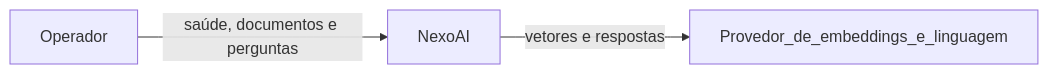
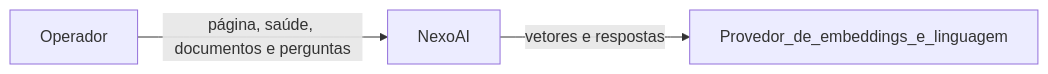
Before and after one commit to ricartefelipe/nexo-ai-knowledge: the first of 3 diagrams in docs/architecture/c4.md, drawn with Mermaid. The commit also changed other lines of this file and 6 other files, not shown here.

````diff
--- a/docs/architecture/c4.md
+++ b/docs/architecture/c4.md
@@ -9,8 +9,8 @@
 ```mermaid
 flowchart LR
   operator[Operador]
   nexo[NexoAI]
   provider[Provedor_de_embeddings_e_linguagem]
-  operator -->|"saúde, documentos e perguntas"| nexo
+  operator -->|"página, saúde, documentos e perguntas"| nexo
   nexo -->|"vetores e respostas"| provider
 ```
````
